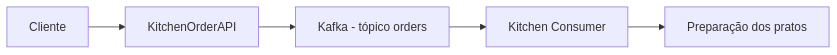
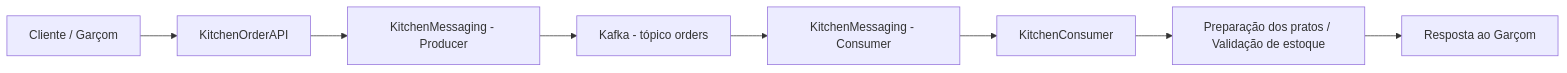
The first of 3 diagrams in docs/Architecture.md (ThiagoPeteanSelma/KitchenOrderAPI-Kafka), drawn with Mermaid before and after one commit. The commit also changed 21 other files, not shown here.

Commit message:
Add KitchenMessaging and KitchenConsumer projects with Kafka integration; refactor order-related models and interfaces

````diff
--- a/docs/Architecture.md
+++ b/docs/Architecture.md
@@ -18,7 +18,10 @@
 ```mermaid
 flowchart LR
-    A[Cliente] --> B[KitchenOrderAPI]
-    B --> C[Kafka - tópico orders]
-    C --> D[Kitchen Consumer]
-    D --> E[Preparação dos pratos]
+    A[Cliente / Garçom] --> B[KitchenOrderAPI]
+    B --> C[KitchenMessaging - Producer]
+    C --> D[Kafka - tópico orders]
+    D --> E[KitchenMessaging - Consumer]
+    E --> F[KitchenConsumer]
+    F --> G[Preparação dos pratos / Validação de estoque]
+    G --> H[Resposta ao Garçom]
 ```
````
